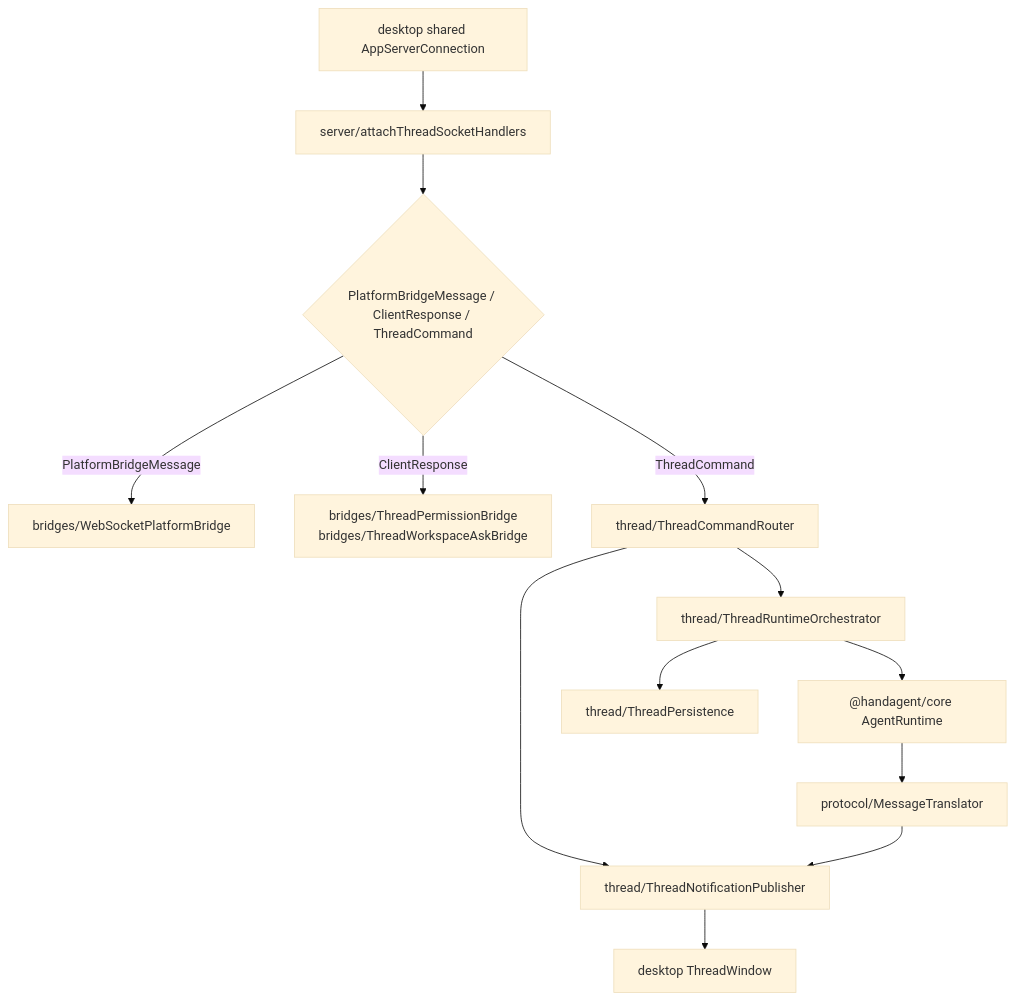
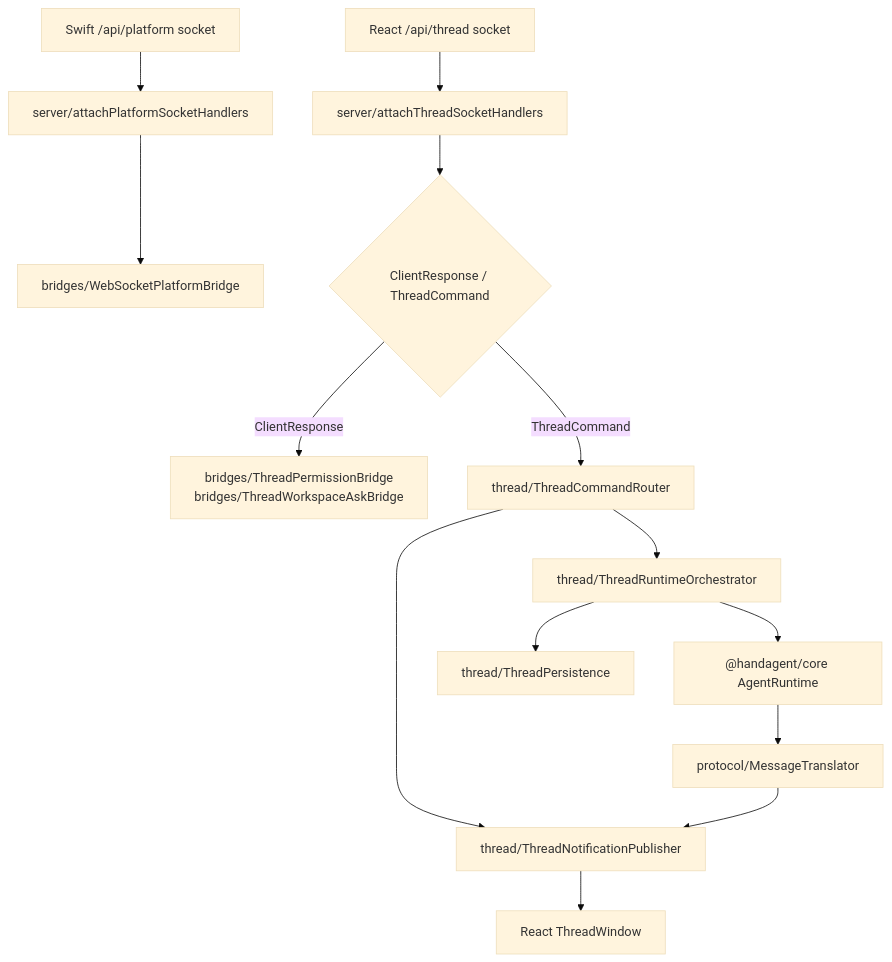
Before and after one commit to Lixuhang987/SpotAgent: the second of 2 diagrams in apps/agent-server/agent-server.md, drawn with Mermaid (base theme). The commit also changed other lines of this file and 13 other files, not shown here.

````diff
--- a/apps/agent-server/agent-server.md
+++ b/apps/agent-server/agent-server.md
@@ -44,15 +46,16 @@
 ```mermaid
 flowchart TD
-  A["desktop shared AppServerConnection"] --> B["server/attachThreadSocketHandlers"]
-  B --> C{"PlatformBridgeMessage / ClientResponse / ThreadCommand"}
-  C -- "PlatformBridgeMessage" --> D["bridges/WebSocketPlatformBridge"]
+  A["React /api/thread socket"] --> B["server/attachThreadSocketHandlers"]
+  P["Swift /api/platform socket"] --> D["server/attachPlatformSocketHandlers"]
+  D --> PB["bridges/WebSocketPlatformBridge"]
+  B --> C{"ClientResponse / ThreadCommand"}
   C -- "ClientResponse" --> E["bridges/ThreadPermissionBridge<br/>bridges/ThreadWorkspaceAskBridge"]
   C -- "ThreadCommand" --> F["thread/ThreadCommandRouter"]
   F --> G["thread/ThreadRuntimeOrchestrator"]
   F --> H["thread/ThreadNotificationPublisher"]
   G --> I["@handagent/core AgentRuntime"]
   I --> J["protocol/MessageTranslator"]
   J --> H
-  H --> K["desktop ThreadWindow"]
+  H --> K["React ThreadWindow"]
   G --> L["thread/ThreadPersistence"]
 ```
````
